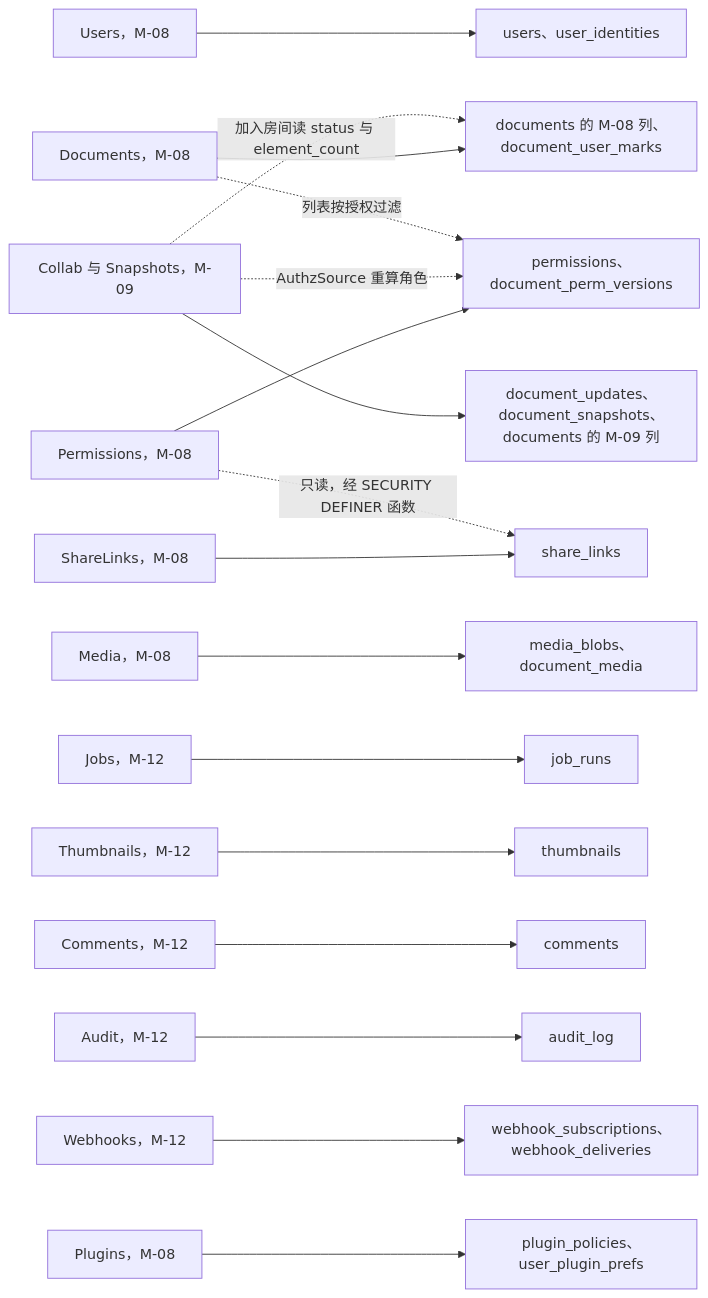
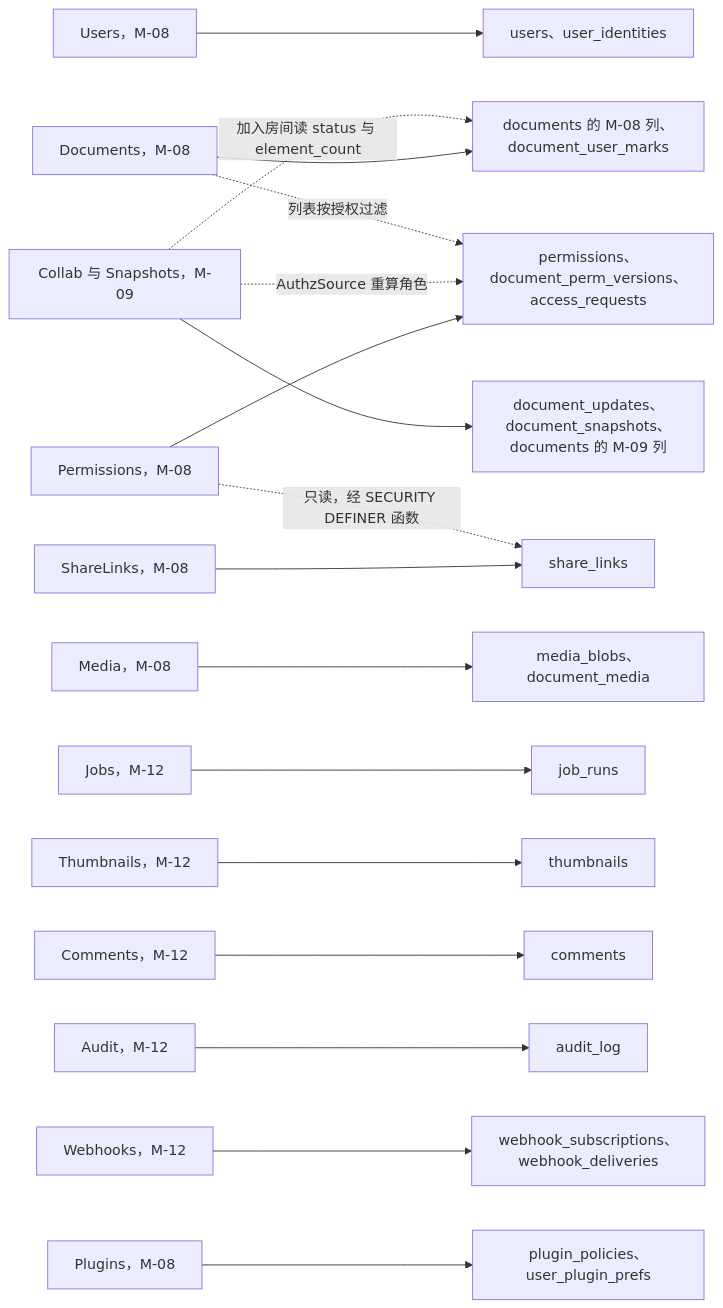
One commit to Xeonice/cordis-ppt-editor changed the fourth of 7 diagrams in docs/60-backend/08-db-conventions-roles-rls-migrations.md. Above: the diagram before and after it, drawn with Mermaid. The commit also changed other lines of this file and 19 other files, not shown here.

````diff
--- a/docs/60-backend/08-db-conventions-roles-rls-migrations.md
+++ b/docs/60-backend/08-db-conventions-roles-rls-migrations.md
@@ -412,41 +418,41 @@
 ```mermaid
 flowchart LR
   mUsers["Users，M-08"]
   mDocs["Documents，M-08"]
   mPerm["Permissions，M-08"]
   mLinks["ShareLinks，M-08"]
   mMedia["Media，M-08"]
   mCollab["Collab 与 Snapshots，M-09"]
   mJobs["Jobs，M-12"]
   mThumbs["Thumbnails，M-12"]
   mComments["Comments，M-12"]
   mAudit["Audit，M-12"]
   mHooks["Webhooks，M-12"]
   tUsers["users、user_identities"]
   tDocs["documents 的 M-08 列、document_user_marks"]
   tCollab["document_updates、document_snapshots、documents 的 M-09 列"]
-  tPerm["permissions、document_perm_versions"]
+  tPerm["permissions、document_perm_versions、access_requests"]
   tLinks["share_links"]
   tMedia["media_blobs、document_media"]
   tJobs["job_runs"]
   tThumbs["thumbnails"]
   tComments["comments"]
   tAudit["audit_log"]
   tHooks["webhook_subscriptions、webhook_deliveries"]
   mUsers --> tUsers
   mDocs --> tDocs
   mCollab --> tCollab
   mPerm --> tPerm
   mLinks --> tLinks
   mMedia --> tMedia
   mJobs --> tJobs
   mThumbs --> tThumbs
   mComments --> tComments
   mAudit --> tAudit
   mHooks --> tHooks
   mPlugins["Plugins，M-08"] --> tPlugins["plugin_policies、user_plugin_prefs"]
   mPerm -. "只读，经 SECURITY DEFINER 函数" .-> tLinks
   mCollab -. "加入房间读 status 与 element_count" .-> tDocs
   mCollab -. "AuthzSource 重算角色" .-> tPerm
   mDocs -. "列表按授权过滤" .-> tPerm
 ```
````
